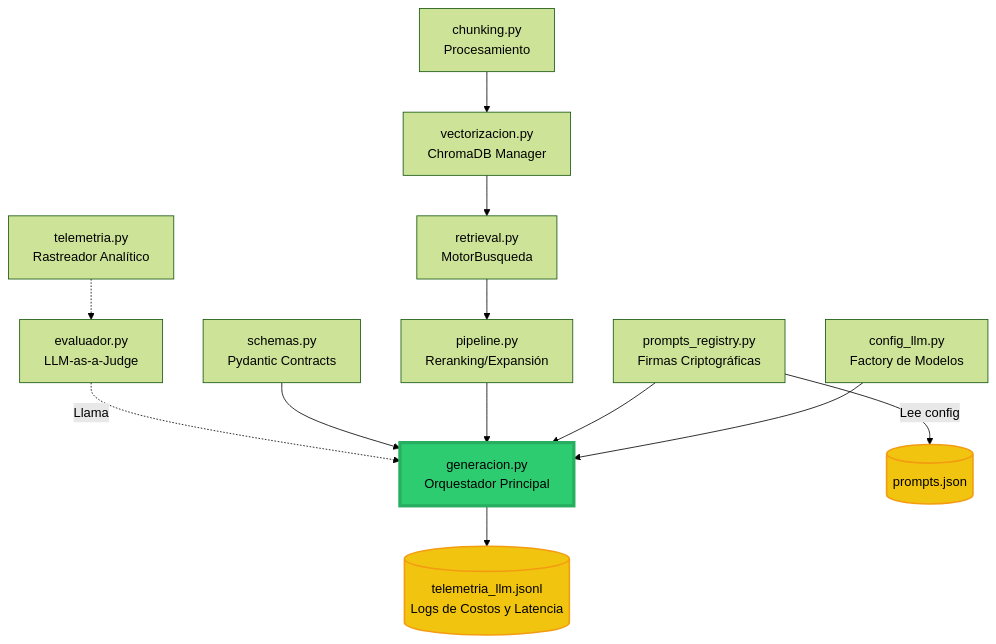
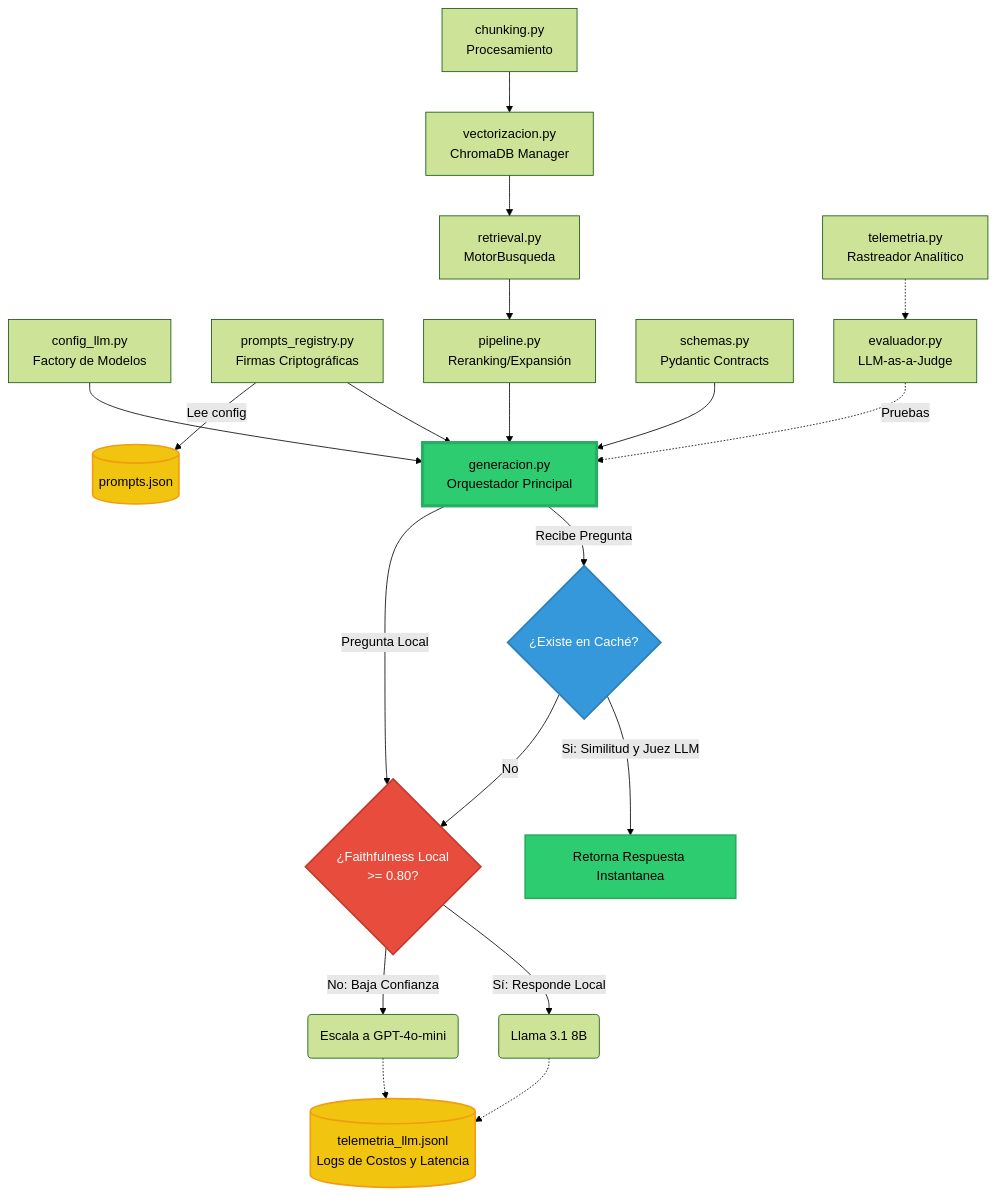
One commit to alexandro-mayoral-teran/proyecto_disf_npl changed the diagram in docs/arquitectura/diagrama_arquitectura_nlp_core.md. Above: the diagram before and after it, drawn with Mermaid (forest theme). The commit also changed other lines of this file and 72 other files, not shown here.

````diff
--- a/docs/arquitectura/diagrama_arquitectura_nlp_core.md
+++ b/docs/arquitectura/diagrama_arquitectura_nlp_core.md
@@ -11,26 +11,41 @@
 ```mermaid
 graph TD
     %% Componentes Fundacionales
     A["config_llm.py<br>Factory de Modelos"] --> G["generacion.py<br>Orquestador Principal"]
     B["prompts_registry.py<br>Firmas Criptográficas"] --> G
     B -->|Lee config| C[("prompts.json")]
     
     %% Flujo de Recuperación
     D["vectorizacion.py<br>ChromaDB Manager"] --> E["retrieval.py<br>MotorBusqueda"]
     H["chunking.py<br>Procesamiento"] --> D
     E --> F["pipeline.py<br>Reranking/Expansión"]
     F --> G
     
+    %% Caché Semántico Híbrido
+    G -->|Recibe Pregunta| CACHE{"¿Existe en Caché?"}
+    CACHE -->|Si: Similitud y Juez LLM| CACHE_HIT["Retorna Respuesta Instantanea"]
+    CACHE -->|No| R1
+    
+    %% Router Cascade (Avance 5)
+    G -->|Pregunta Local| R1{"¿Faithfulness Local<br> >= 0.80?"}
+    R1 -->|Sí: Responde Local| S1("Llama 3.1 8B")
+    R1 -->|No: Baja Confianza| S2("Escala a GPT-4o-mini")
+    S1 -.-> J
+    S2 -.-> J
+    
     %% Validación y Monitoreo
     I["schemas.py<br>Pydantic Contracts"] --> G
-    G --> J[("telemetria_llm.jsonl<br>Logs de Costos y Latencia")]
+    J[("telemetria_llm.jsonl<br>Logs de Costos y Latencia")]
     
     %% Laboratorio/Evaluación
     K["telemetria.py<br>Rastreador Analítico"] -.-> L["evaluador.py<br>LLM-as-a-Judge"]
-    L -.->|Llama| G
+    L -.->|Pruebas| G
 
     %% Estilos
     style G fill:#2ecc71,stroke:#27ae60,stroke-width:4px,color:black
+    style R1 fill:#e74c3c,stroke:#c0392b,stroke-width:2px,color:white
+    style CACHE fill:#3498db,stroke:#2980b9,stroke-width:2px,color:white
+    style CACHE_HIT fill:#2ecc71,stroke:#27ae60,stroke-width:2px,color:black
     style C fill:#f1c40f,stroke:#f39c12,stroke-width:2px,color:black
     style J fill:#f1c40f,stroke:#f39c12,stroke-width:2px,color:black
 ```
````
